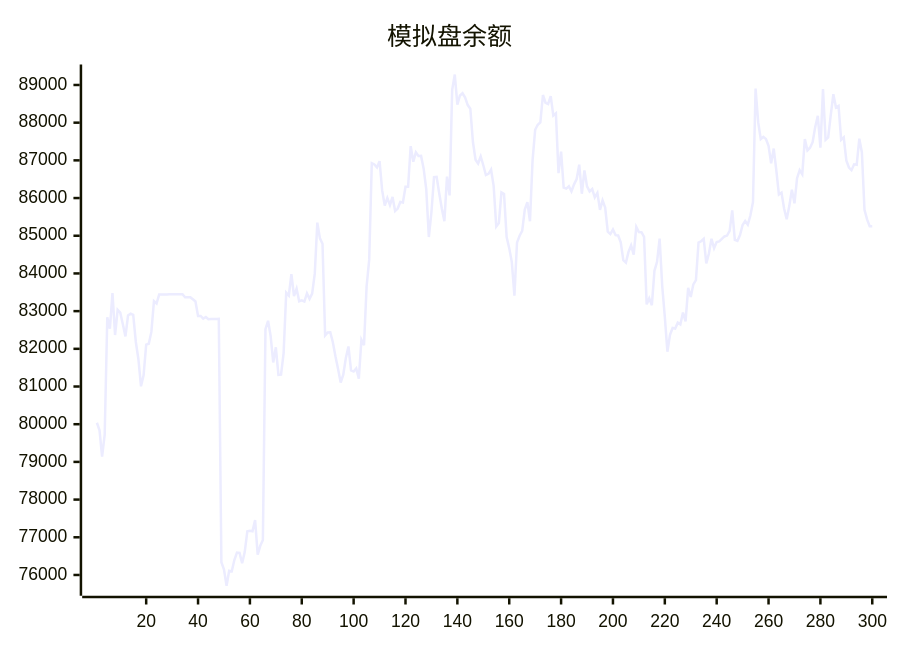
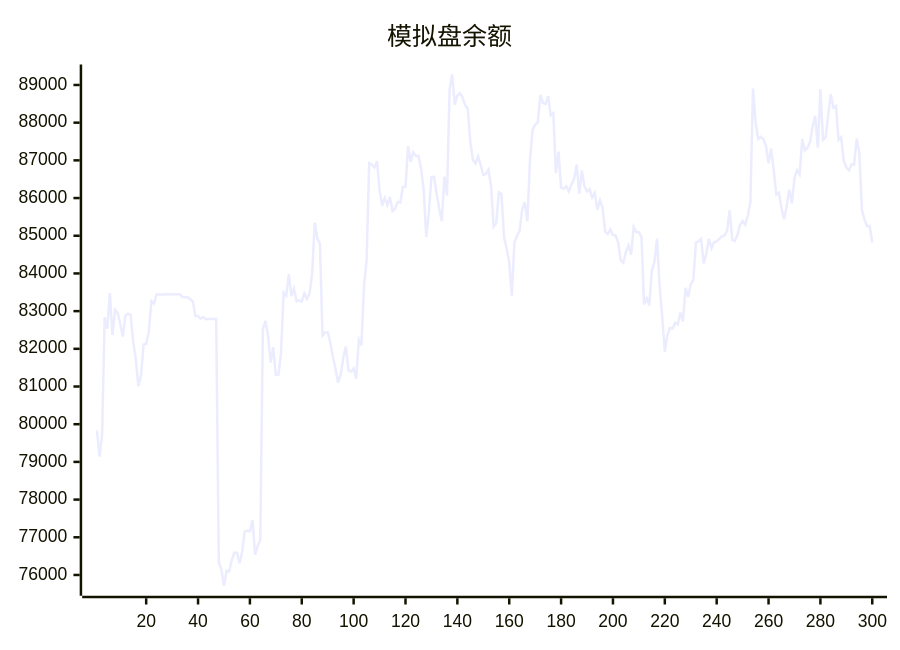
One commit to aahl/ai-trading changed the diagram in README.md. Above: the diagram before and after it, drawn with Mermaid. The commit also changed other lines of this file and 1 other file, not shown here.

````diff
--- a/README.md
+++ b/README.md
@@ -5,5 +5,5 @@
 ```mermaid
 xychart
     title "模拟盘余额"
-    line [80038,79836,79142,79722,82837,82533,83480,82366,83032,82960,82654,82330,82883,82934,82901,82188,81728,81005,81298,82110,82135,82449,83264,83203,83440,83439,83440,83440,83446,83447,83448,83447,83448,83449,83369,83369,83369,83313,83256,82872,82873,82801,82844,82785,82791,82791,82793,82794,76339,76145,75714,76110,76096,76397,76594,76585,76310,76607,77160,77170,77160,77456,76541,76774,76927,82520,82744,82337,81639,82040,81307,81314,81887,83490,83414,83984,83396,83594,83261,83287,83253,83470,83327,83465,83987,85348,84930,84786,82355,82433,82438,82167,81795,81466,81105,81315,81756,82064,81426,81398,81481,81210,82242,82099,83658,84359,86925,86892,86814,86980,86203,85802,86003,85811,86028,85657,85721,85896,85880,86300,86299,87378,86965,87214,87115,87118,86780,86238,84966,85623,86555,86562,86129,85722,85387,86569,86070,88870,89278,88477,88720,88781,88668,88467,88372,87493,87018,86917,87102,86870,86613,86644,86758,86317,85242,85334,86149,86106,84968,84671,84302,83410,84816,85001,85127,85693,85891,85384,87001,87811,87945,88007,88734,88528,88495,88705,88189,88248,86662,87234,86279,86251,86314,86177,86364,86503,86886,86114,86731,86310,86176,86240,86017,86136,85685,85938,85749,85111,85044,85164,85016,85008,84824,84354,84287,84572,84745,84500,85234,85096,85095,84970,83180,83338,83157,84070,84309,84922,83667,82850,81924,82369,82552,82539,82695,82648,82962,82728,83619,83378,83710,83825,84819,84854,84917,84265,84527,84919,84668,84834,84850,84916,84981,85004,85131,85674,84891,84864,85019,85284,85393,85294,85538,85894,88904,88012,87567,87625,87568,87386,86920,87313,86737,86094,86143,85725,85437,85787,86219,85859,86526,86740,86630,87563,87264,87335,87483,87886,88180,87335,88894,87544,87608,88207,88755,88401,88444,87543,87608,87000,86810,86740,86894,86884,87576,87209,85686,85435,85251,85255]
+    line [79836,79142,79722,82837,82533,83480,82366,83032,82960,82654,82330,82883,82934,82901,82188,81728,81005,81298,82110,82135,82449,83264,83203,83440,83439,83440,83440,83446,83447,83448,83447,83448,83449,83369,83369,83369,83313,83256,82872,82873,82801,82844,82785,82791,82791,82793,82794,76339,76145,75714,76110,76096,76397,76594,76585,76310,76607,77160,77170,77160,77456,76541,76774,76927,82520,82744,82337,81639,82040,81307,81314,81887,83490,83414,83984,83396,83594,83261,83287,83253,83470,83327,83465,83987,85348,84930,84786,82355,82433,82438,82167,81795,81466,81105,81315,81756,82064,81426,81398,81481,81210,82242,82099,83658,84359,86925,86892,86814,86980,86203,85802,86003,85811,86028,85657,85721,85896,85880,86300,86299,87378,86965,87214,87115,87118,86780,86238,84966,85623,86555,86562,86129,85722,85387,86569,86070,88870,89278,88477,88720,88781,88668,88467,88372,87493,87018,86917,87102,86870,86613,86644,86758,86317,85242,85334,86149,86106,84968,84671,84302,83410,84816,85001,85127,85693,85891,85384,87001,87811,87945,88007,88734,88528,88495,88705,88189,88248,86662,87234,86279,86251,86314,86177,86364,86503,86886,86114,86731,86310,86176,86240,86017,86136,85685,85938,85749,85111,85044,85164,85016,85008,84824,84354,84287,84572,84745,84500,85234,85096,85095,84970,83180,83338,83157,84070,84309,84922,83667,82850,81924,82369,82552,82539,82695,82648,82962,82728,83619,83378,83710,83825,84819,84854,84917,84265,84527,84919,84668,84834,84850,84916,84981,85004,85131,85674,84891,84864,85019,85284,85393,85294,85538,85894,88904,88012,87567,87625,87568,87386,86920,87313,86737,86094,86143,85725,85437,85787,86219,85859,86526,86740,86630,87563,87264,87335,87483,87886,88180,87335,88894,87544,87608,88207,88755,88401,88444,87543,87608,87000,86810,86740,86894,86884,87576,87209,85686,85435,85251,85255,84820]
 ```
````
